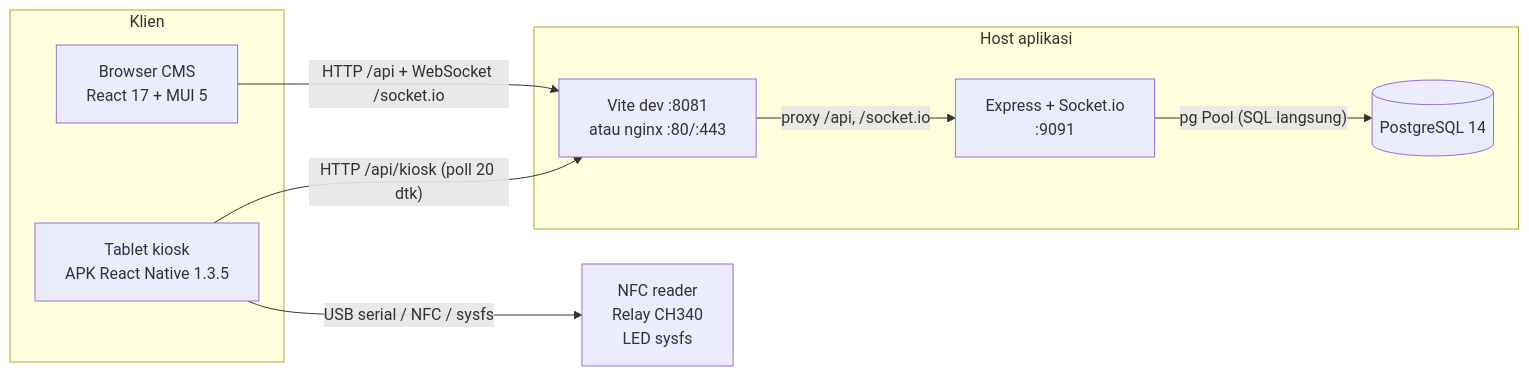
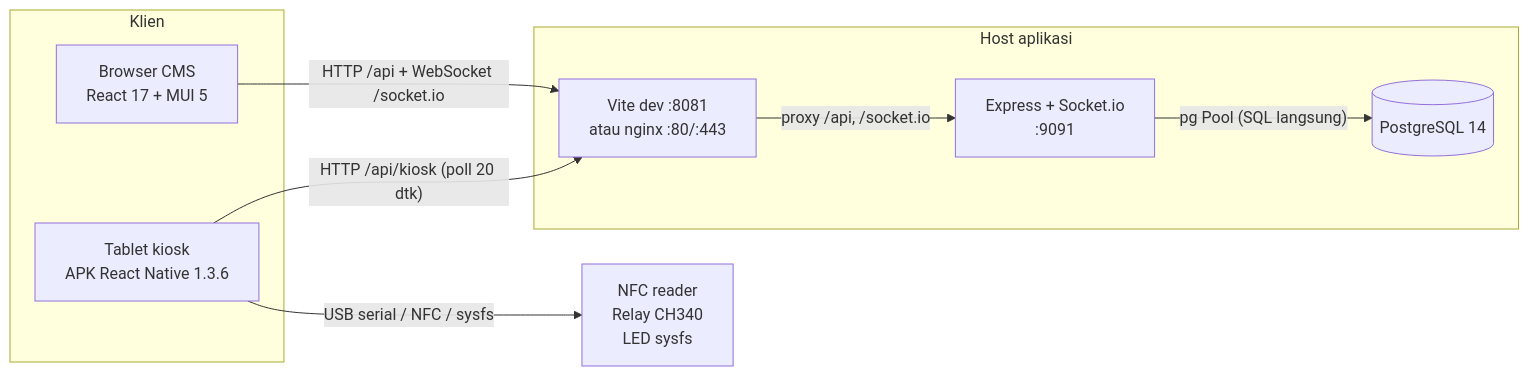
One commit to goodmeow/app_booking changed the first of 5 diagrams in docs/architecture.md. Above: the diagram before and after it, drawn with Mermaid. The commit also changed other lines of this file and 74 other files, not shown here.

````diff
--- a/docs/architecture.md
+++ b/docs/architecture.md
@@ -28,21 +28,21 @@
 ```mermaid
 flowchart LR
   subgraph Klien
     CMS["Browser CMS<br/>React 17 + MUI 5"]
-    KIOSK["Tablet kiosk<br/>APK React Native 1.3.5"]
+    KIOSK["Tablet kiosk<br/>APK React Native 1.3.6"]
   end
 
   subgraph Host["Host aplikasi"]
     EDGE["Vite dev :8081<br/>atau nginx :80/:443"]
     API["Express + Socket.io<br/>:9091"]
     DB[("PostgreSQL 14")]
   end
 
   HW["NFC reader<br/>Relay CH340<br/>LED sysfs"]
 
   CMS -->|"HTTP /api + WebSocket /socket.io"| EDGE
   EDGE -->|"proxy /api, /socket.io"| API
   API -->|"pg Pool (SQL langsung)"| DB
   KIOSK -->|"HTTP /api/kiosk (poll 20 dtk)"| EDGE
   KIOSK -->|"USB serial / NFC / sysfs"| HW
 ```
````
